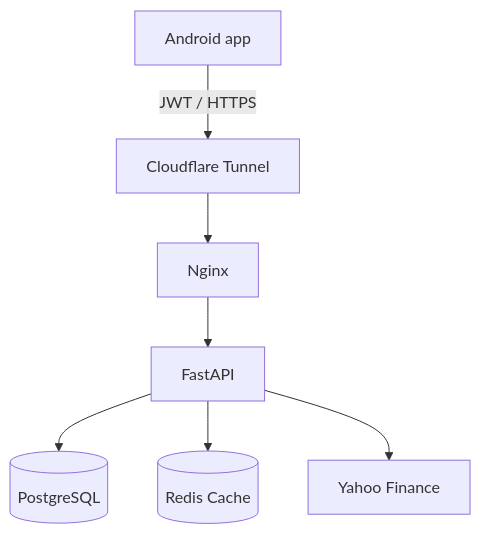
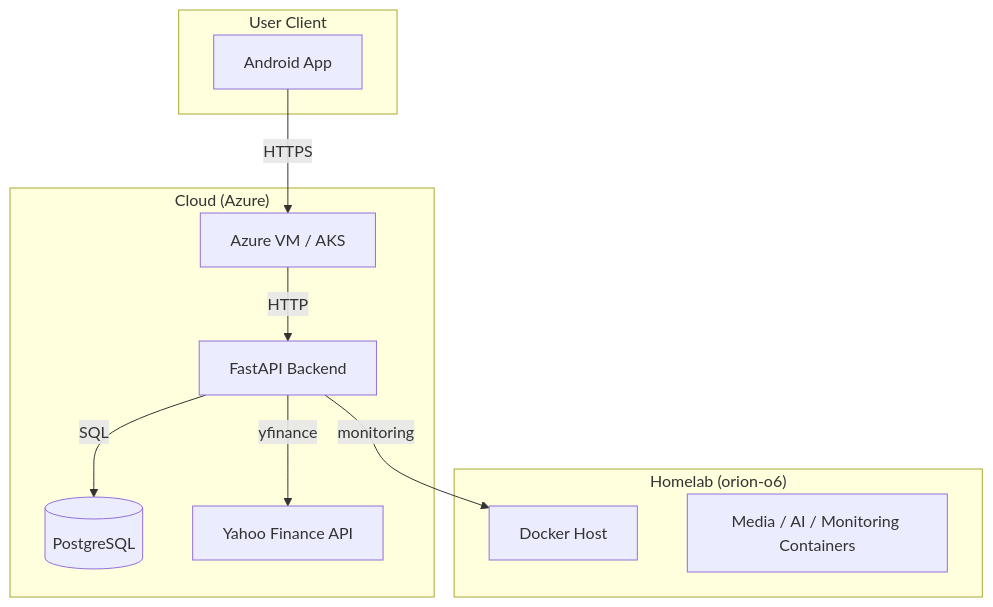
The diagram in content/architecture/_index.md (sebian-lab/sebian-lab.github.io), drawn with Mermaid before and after one commit. The commit also changed other lines of this file and 6 other files, not shown here.

Commit message:
feat: Implement dark theme, homelab dashboard, and refined architecture

```diff
--- a/content/architecture/_index.md
+++ b/content/architecture/_index.md
@@ -7,10 +7,21 @@
 {{< mermaid >}}
-flowchart TD
-    Android[Android app] -->|JWT / HTTPS| CF[Cloudflare Tunnel]
-    CF --> Nginx[Nginx]
-    Nginx --> FastAPI[FastAPI]
-    
-    FastAPI --> Postgres[(PostgreSQL)]
-    FastAPI --> Redis[(Redis Cache)]
-    FastAPI --> YF[Yahoo Finance]
+graph TD
+    subgraph "User Client"
+        A[Android App]
+    end
+    subgraph "Cloud (Azure)"
+        B[Azure VM / AKS]
+        C[FastAPI Backend]
+        D[(PostgreSQL)]
+        E[Yahoo Finance API]
+    end
+    subgraph "Homelab (orion‑o6)"
+        F[Docker Host]
+        G[Media / AI / Monitoring Containers]
+    end
+    A -- HTTPS --> B
+    B -- HTTP --> C
+    C -- SQL --> D
+    C -- yfinance --> E
+    C -- monitoring --> F
 {{< /mermaid >}}
```
